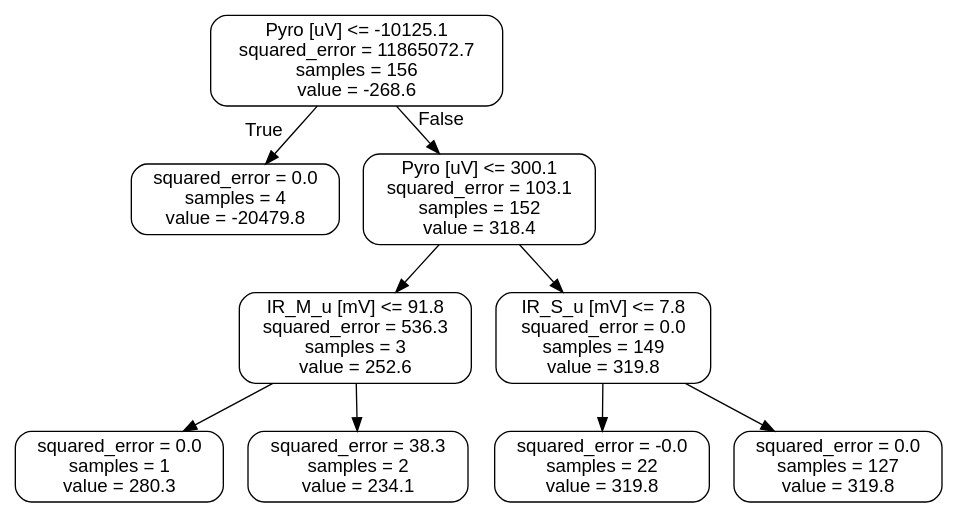
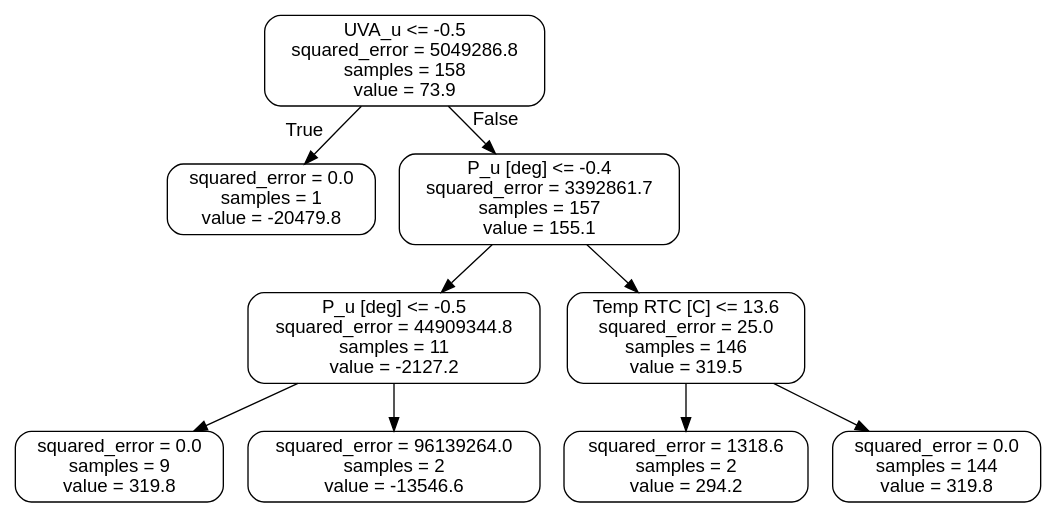
Before and after one commit to tfulghum/MonarchCurve: the diagram in small_tree.dot, drawn with Graphviz. The commit also changed 3 other files, not shown here.

```diff
--- a/small_tree.dot
+++ b/small_tree.dot
@@ -1,21 +1,21 @@
 digraph Tree {
 node [shape=box, style="rounded", color="black", fontname="helvetica"] ;
 edge [fontname="helvetica"] ;
-0 [label=" Pyro [uV] <= -10125.1\nsquared_error = 11865072.7\nsamples = 156\nvalue = -268.6"] ;
-1 [label="squared_error = 0.0\nsamples = 4\nvalue = -20479.8"] ;
+0 [label=" UVA_u <= -0.5\nsquared_error = 5049286.8\nsamples = 158\nvalue = 73.9"] ;
+1 [label="squared_error = 0.0\nsamples = 1\nvalue = -20479.8"] ;
 0 -> 1 [labeldistance=2.5, labelangle=45, headlabel="True"] ;
-2 [label=" Pyro [uV] <= 300.1\nsquared_error = 103.1\nsamples = 152\nvalue = 318.4"] ;
+2 [label=" P_u [deg] <= -0.4\nsquared_error = 3392861.7\nsamples = 157\nvalue = 155.1"] ;
 0 -> 2 [labeldistance=2.5, labelangle=-45, headlabel="False"] ;
-3 [label=" IR_M_u [mV] <= 91.8\nsquared_error = 536.3\nsamples = 3\nvalue = 252.6"] ;
+3 [label=" P_u [deg] <= -0.5\nsquared_error = 44909344.8\nsamples = 11\nvalue = -2127.2"] ;
 2 -> 3 ;
-4 [label="squared_error = 0.0\nsamples = 1\nvalue = 280.3"] ;
+4 [label="squared_error = 0.0\nsamples = 9\nvalue = 319.8"] ;
 3 -> 4 ;
-5 [label="squared_error = 38.3\nsamples = 2\nvalue = 234.1"] ;
+5 [label="squared_error = 96139264.0\nsamples = 2\nvalue = -13546.6"] ;
 3 -> 5 ;
-6 [label=" IR_S_u [mV] <= 7.8\nsquared_error = 0.0\nsamples = 149\nvalue = 319.8"] ;
+6 [label=" Temp RTC [C] <= 13.6\nsquared_error = 25.0\nsamples = 146\nvalue = 319.5"] ;
 2 -> 6 ;
-7 [label="squared_error = -0.0\nsamples = 22\nvalue = 319.8"] ;
+7 [label="squared_error = 1318.6\nsamples = 2\nvalue = 294.2"] ;
 6 -> 7 ;
-8 [label="squared_error = 0.0\nsamples = 127\nvalue = 319.8"] ;
+8 [label="squared_error = 0.0\nsamples = 144\nvalue = 319.8"] ;
 6 -> 8 ;
 }
```
